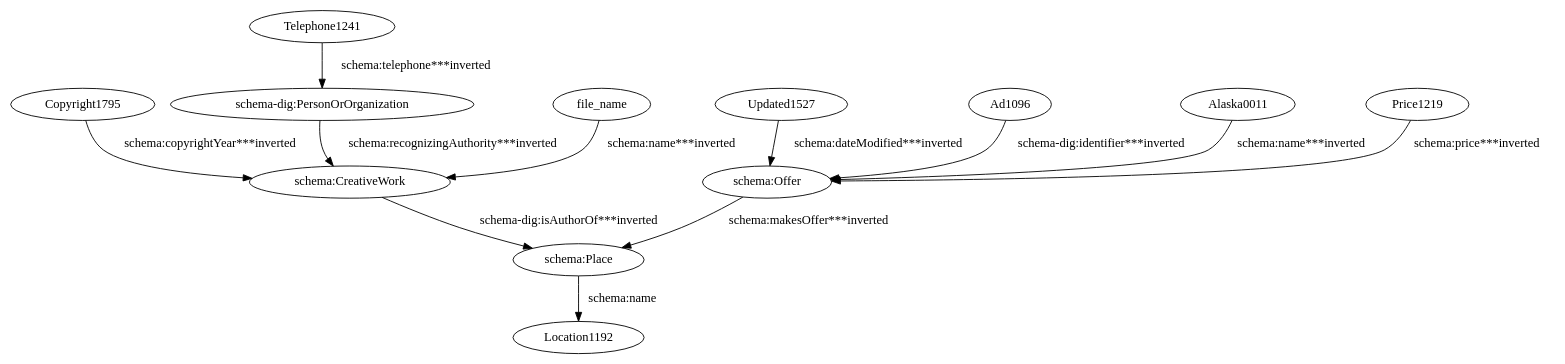
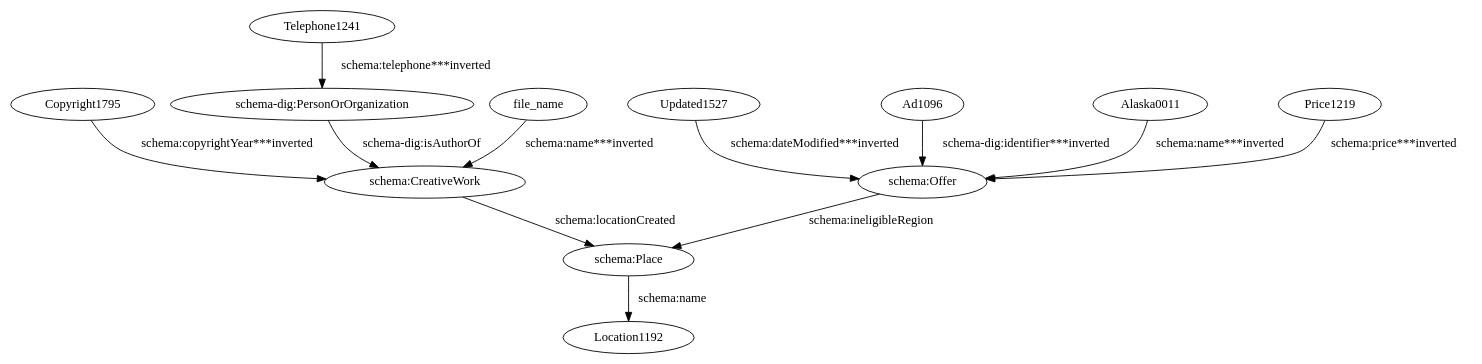
One commit to giuseppefutia/semi changed the diagram in evaluation/taheriyan2016/task_04/semantic_models_steiner/dot/alaskaslist.dot. Above: the diagram before and after it, drawn with Graphviz. The commit also changed 119 other files, not shown here.

```diff
--- a/evaluation/taheriyan2016/task_04/semantic_models_steiner/dot/alaskaslist.dot
+++ b/evaluation/taheriyan2016/task_04/semantic_models_steiner/dot/alaskaslist.dot
@@ -1,25 +1,25 @@
 digraph {
   Ad1096 [type=attribute_name,label=Ad1096]
   "schema:Offer1" [type=class_uri,label="schema:Offer"]
   Alaska0011 [type=attribute_name,label=Alaska0011]
   Copyright1795 [type=attribute_name,label=Copyright1795]
   "schema:CreativeWork1" [type=class_uri,label="schema:CreativeWork"]
   Price1219 [type=attribute_name,label=Price1219]
   Telephone1241 [type=attribute_name,label=Telephone1241]
   "schema-dig:PersonOrOrganization1" [type=class_uri,label="schema-dig:PersonOrOrganization"]
   Updated1527 [type=attribute_name,label=Updated1527]
   file_name [type=attribute_name,label=file_name]
   "schema:Place1" [type=class_uri,label="schema:Place"]
   Location1192 [type=attribute_name,label=Location1192]
   Ad1096 -> "schema:Offer1" [type=st_property_uri,label="schema-dig:identifier***inverted",weight=1]
   Alaska0011 -> "schema:Offer1" [type=st_property_uri,label="schema:name***inverted",weight=1]
   Copyright1795 -> "schema:CreativeWork1" [type=st_property_uri,label="schema:copyrightYear***inverted",weight=1]
   Price1219 -> "schema:Offer1" [type=st_property_uri,label="schema:price***inverted",weight=1]
   Telephone1241 -> "schema-dig:PersonOrOrganization1" [type=st_property_uri,label="schema:telephone***inverted",weight=1]
   Updated1527 -> "schema:Offer1" [type=st_property_uri,label="schema:dateModified***inverted",weight=1]
   file_name -> "schema:CreativeWork1" [type=st_property_uri,label="schema:name***inverted",weight=1]
-  "schema-dig:PersonOrOrganization1" -> "schema:CreativeWork1" [type=inherited,label="schema:recognizingAuthority***inverted",weight=4]
-  "schema:CreativeWork1" -> "schema:Place1" [type=inherited,label="schema-dig:isAuthorOf***inverted",weight=4]
-  "schema:Offer1" -> "schema:Place1" [type=inherited,label="schema:makesOffer***inverted",weight=4]
+  "schema-dig:PersonOrOrganization1" -> "schema:CreativeWork1" [label="schema-dig:isAuthorOf",type=direct_property_uri,weight=1]
+  "schema:CreativeWork1" -> "schema:Place1" [label="schema:locationCreated",type=direct_property_uri,weight=1]
+  "schema:Offer1" -> "schema:Place1" [label="schema:ineligibleRegion",type=direct_property_uri,weight=1]
   "schema:Place1" -> Location1192 [label="schema:name",type=st_property_uri]
 }
```
